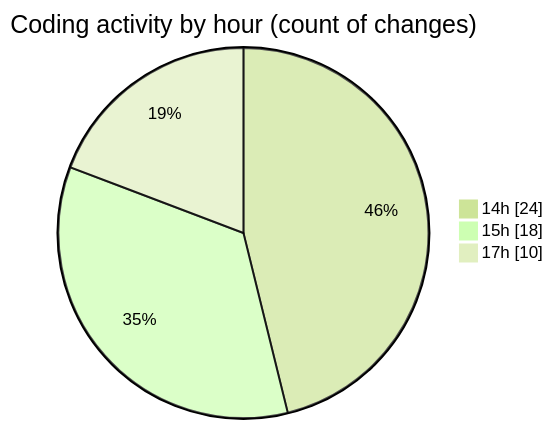
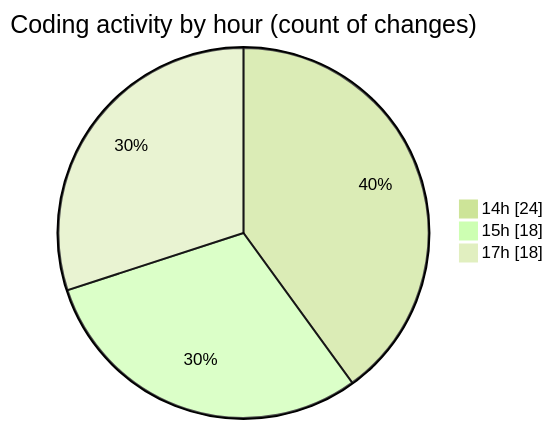
The second of 2 diagrams in 2025-04-22/indesign/README.md (Elitesun/code-tracking), drawn with Mermaid (forest theme) before and after one commit. The commit also changed other lines of this file and 1 other file, not shown here.

````diff
--- a/2025-04-22/indesign/README.md
+++ b/2025-04-22/indesign/README.md
@@ -43,7 +44,7 @@
 ```mermaid
 pie showData
 title Coding activity by hour (count of changes)
 "14h" : 24
 "15h" : 18
-"17h" : 10
+"17h" : 18
 ```
````
